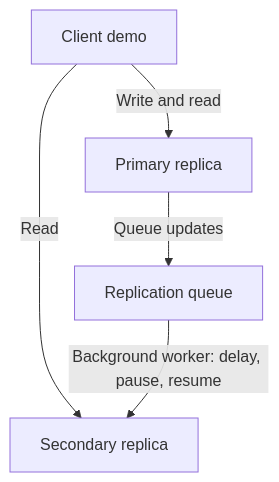
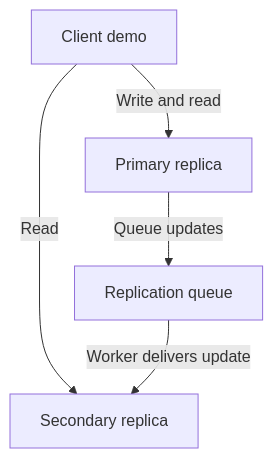
The diagram in README.md (wendynguyen-ntt/cmpe273-replication-consistency), drawn with Mermaid before and after one commit.

Commit message:
Update flowchart description for worker delivery

````diff
--- a/README.md
+++ b/README.md
@@ -25,7 +25,7 @@
 ```mermaid
 flowchart TD
     C[Client demo] -->|Write and read| P[Primary replica]
     C -->|Read| S[Secondary replica]
     P -->|Queue updates| Q[Replication queue]
-    Q -->|Background worker: delay, pause, resume| S
+    Q -->|Worker delivers update| S
 ```
````
